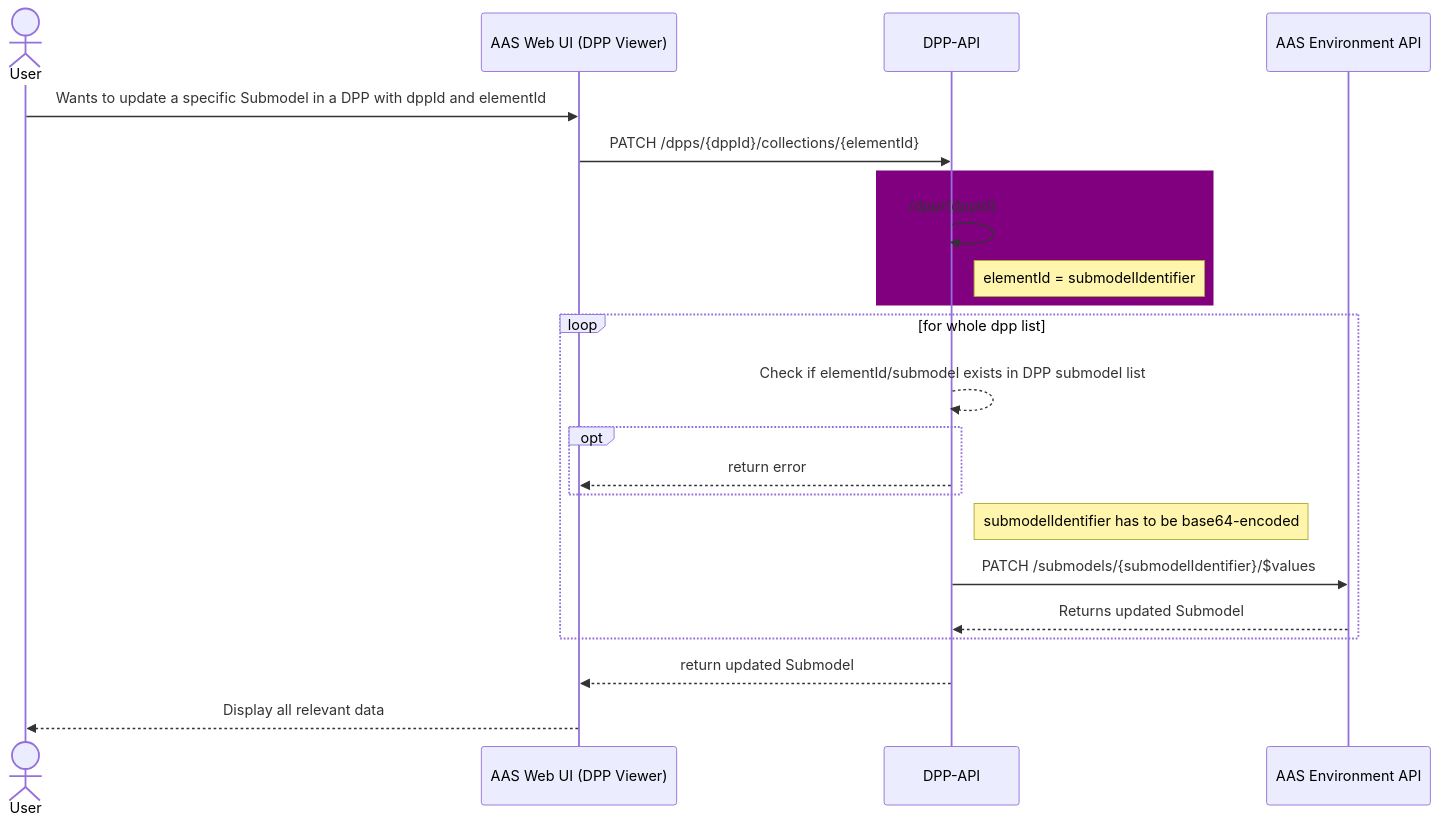
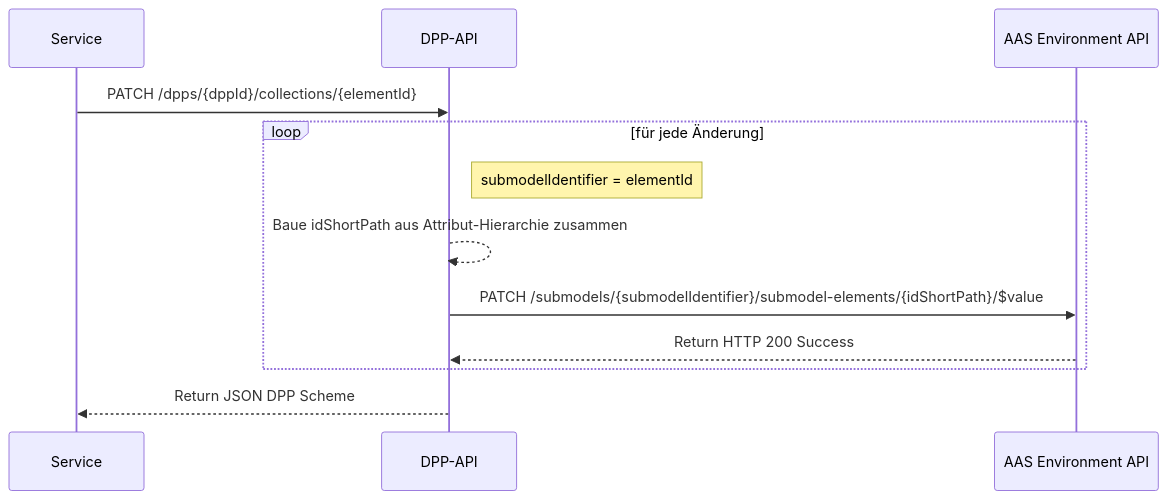
Before and after one commit to DHBW-TINF24F/Team6-BaSyx-DPP-API: the ninth of 10 diagrams in PROJECT/SAS/mapping.md, drawn with Mermaid. The commit also changed other lines of this file, not shown here.

Commit message:
Fine-Granular API mappings nearly done

````diff
--- a/PROJECT/SAS/mapping.md
+++ b/PROJECT/SAS/mapping.md
@@ -335,29 +330,17 @@
 ```mermaid
 sequenceDiagram
-  actor User
-  participant Web as AAS Web UI (DPP Viewer)
+  participant Web as Service
   participant API as DPP-API
   participant Env as AAS Environment API
 
-  User->>Web: Wants to update a specific Submodel in a DPP with dppId and elementId
   Web->>API: PATCH /dpps/{dppId}/collections/{elementId}
 
-  rect purple
-    API->>API: /dpp/{dppId}
-    Note right of API: elementId = submodelIdentifier
+  loop für jede Änderung
+    Note right of API: submodelIdentifier = elementId
+    API-->>API: Baue idShortPath aus Attribut-Hierarchie zusammen
+    API->>Env: PATCH /submodels/{submodelIdentifier}/submodel-elements/{idShortPath}/$value 
+    Env-->>API: Return HTTP 200 Success
   end
 
-  loop for whole dpp list
-    API-->>API: Check if elementId/submodel exists in DPP submodel list
-    opt
-      API-->>Web: return error
-    end
-
-    Note right of API: submodelIdentifier has to be base64-encoded
-    API->>Env: PATCH /submodels/{submodelIdentifier}/$values
-    Env-->>API: Returns updated Submodel 
-  end
-
-  API-->>Web: return updated Submodel
-  Web-->>User: Display all relevant data
+  API-->>Web: Return JSON DPP Scheme
 ```
````
